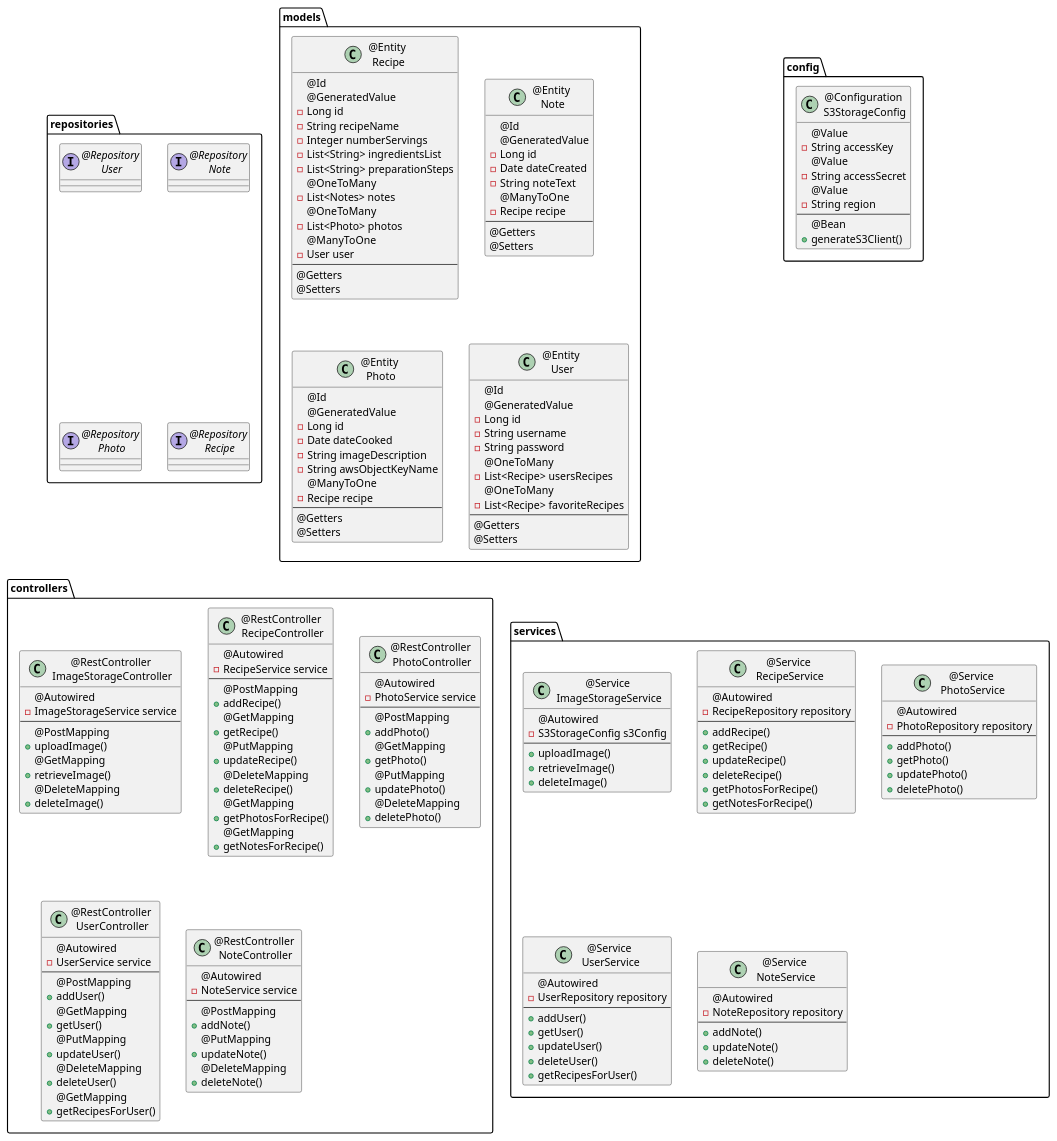
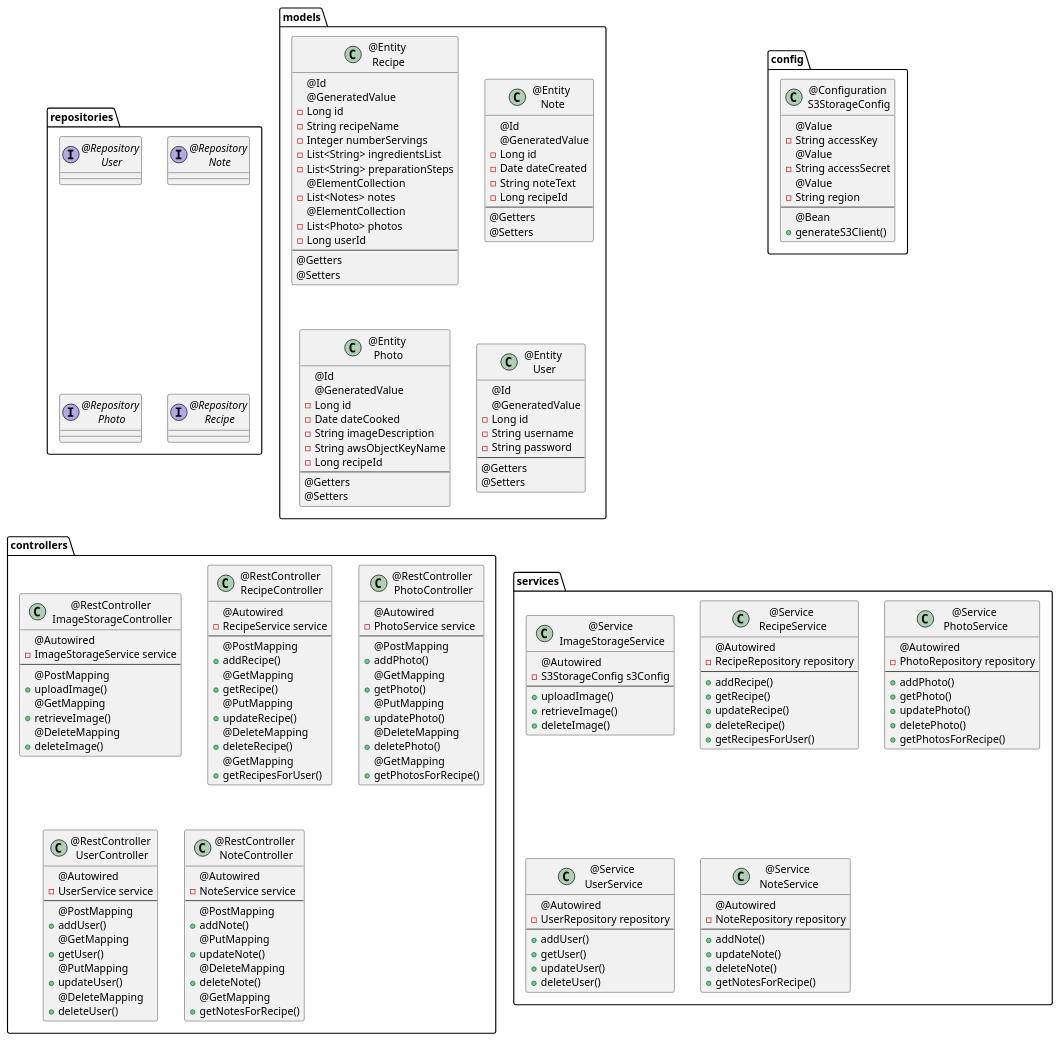
One commit to theresa-christina/MyCookBookApp-BackEnd changed the diagram in RecipeAppUML.puml. Above: the diagram before and after it, drawn with PlantUML.

Commit message:
small update

```diff
--- a/RecipeAppUML.puml
+++ b/RecipeAppUML.puml
@@ -33,12 +33,11 @@
         - Integer numberServings
         - List<String> ingredientsList
         - List<String> preparationSteps
-        @OneToMany
+        @ElementCollection
         - List<Notes> notes
-        @OneToMany
+        @ElementCollection
         - List<Photo> photos
-        @ManyToOne
-        - User user
+        - Long userId
         --
         @Getters
         @Setters
@@ -50,8 +49,7 @@
         - Long id
         - Date dateCreated
         - String noteText
-        @ManyToOne
-        - Recipe recipe
+        - Long recipeId
         --
         @Getters
         @Setters
@@ -64,8 +62,7 @@
         - Date dateCooked
         - String imageDescription
         - String awsObjectKeyName
-        @ManyToOne
-        - Recipe recipe
+        - Long recipeId
         --
         @Getters
         @Setters
@@ -78,10 +75,6 @@
         - Long id
         - String username
         - String password
-        @OneToMany
-        - List<Recipe> usersRecipes
-        @OneToMany
-        - List<Recipe> favoriteRecipes
         --
         @Getters
         @Setters
@@ -114,9 +107,7 @@
         @DeleteMapping
         + deleteRecipe()
         @GetMapping
-        + getPhotosForRecipe()
-        @GetMapping
-        + getNotesForRecipe()
+        + getRecipesForUser()
     }
 
     class "@RestController\n PhotoController" {
@@ -131,6 +122,8 @@
         + updatePhoto()
         @DeleteMapping
         + deletePhoto()
+        @GetMapping
+        + getPhotosForRecipe()
     }
 
     class "@RestController\n UserController" {
@@ -145,8 +138,6 @@
         + updateUser()
         @DeleteMapping
         + deleteUser()
-        @GetMapping
-        + getRecipesForUser()
     }
 
     class "@RestController\n NoteController" {
@@ -159,6 +150,8 @@
         + updateNote()
         @DeleteMapping
         + deleteNote()
+        @GetMapping
+        + getNotesForRecipe()
     }
 }
 
@@ -180,8 +173,7 @@
             + getRecipe()
             + updateRecipe()
             + deleteRecipe()
-            + getPhotosForRecipe()
-            + getNotesForRecipe()
+            + getRecipesForUser()
         }
 
         class "@Service\n PhotoService" {
@@ -192,6 +184,7 @@
             + getPhoto()
             + updatePhoto()
             + deletePhoto()
+            + getPhotosForRecipe()
         }
 
         class "@Service\n UserService" {
@@ -202,7 +195,6 @@
             + getUser()
             + updateUser()
             + deleteUser()
-            + getRecipesForUser()
         }
 
         class "@Service\n NoteService" {
@@ -212,6 +204,7 @@
             + addNote()
             + updateNote()
             + deleteNote()
+            + getNotesForRecipe()
         }
 }
 
```
